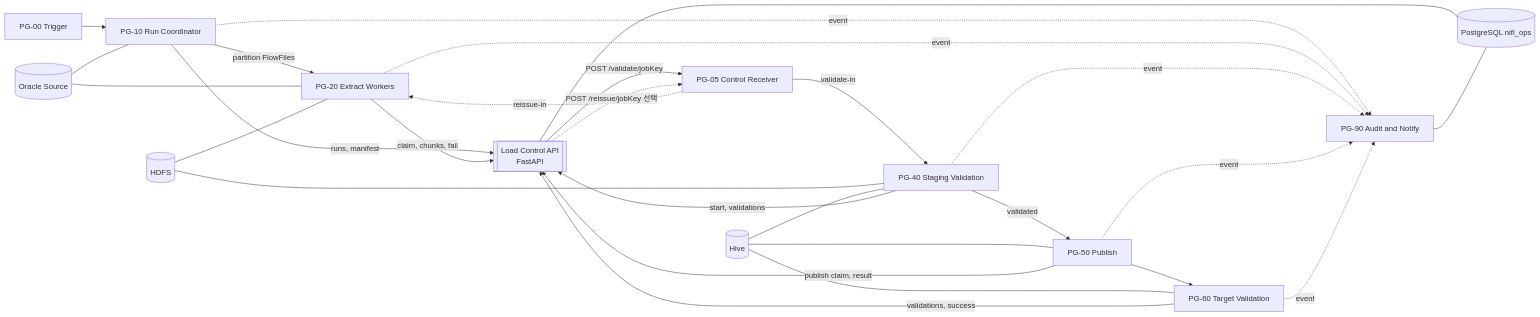
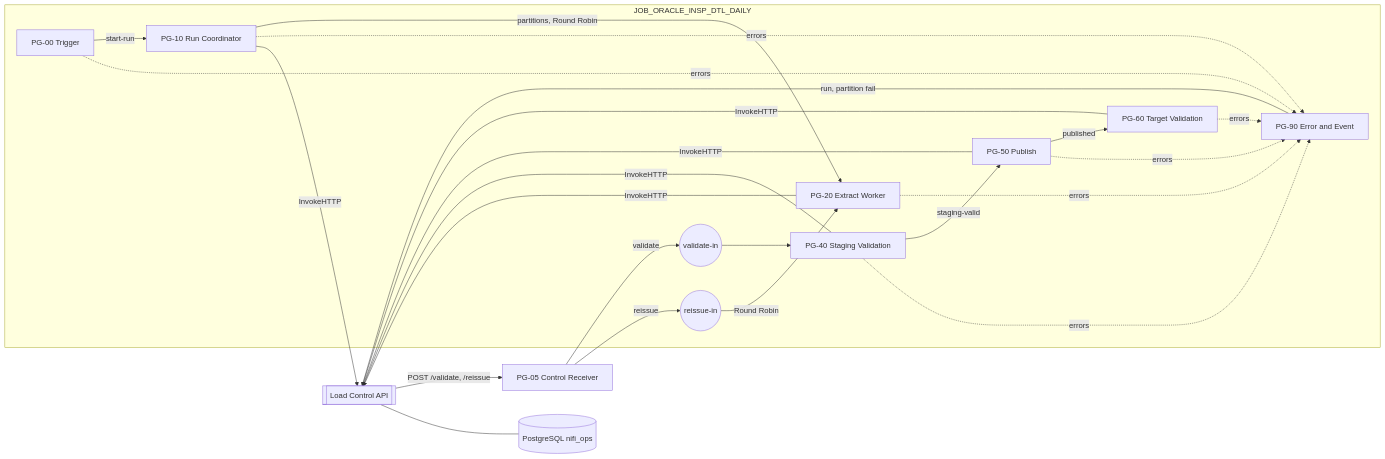
Before and after one commit to DataDynamics/nifi-sqoop-removal: the third of 13 diagrams in nifi-sqoop-removal-guide.md, drawn with Mermaid. The commit also changed other lines of this file and 2 other files, not shown here.

First line of the commit message:
가이드를 V3 구조로 반영: Job PG 아래 자식 PG와 Port, Processor 축소 규칙

````diff
--- a/nifi-sqoop-removal-guide.md
+++ b/nifi-sqoop-removal-guide.md
@@ -205,33 +220,19 @@
 ```mermaid
 flowchart LR
-    T[PG-00 Trigger] --> C[PG-10 Run Coordinator]
-    C -->|partition FlowFiles| W[PG-20 Extract Workers]
-    API[[Load Control API<br/>FastAPI]] -->|POST /validate/jobKey| RC[PG-05 Control Receiver]
-    RC -->|validate-in| S[PG-40 Staging Validation]
-    S -->|validated| P[PG-50 Publish]
-    P --> V[PG-60 Target Validation]
-    API -.->|POST /reissue/jobKey 선택| RC
-    RC -.->|reissue-in| W
-
-    C -- runs, manifest --> API
-    W -- claim, chunks, fail --> API
-    S -- start, validations --> API
-    P -- publish claim, result --> API
-    V -- validations, success --> API
+    API[[Load Control API]] -->|POST /validate, /reissue| R5[PG-05 Control Receiver]
+    subgraph JOB[JOB_ORACLE_INSP_DTL_DAILY]
+        T[PG-00 Trigger] -->|start-run| C[PG-10 Run Coordinator]
+        C -->|partitions, Round Robin| W[PG-20 Extract Worker]
+        VI((validate-in)) --> S[PG-40 Staging Validation]
+        RI((reissue-in)) -->|Round Robin| W
+        S -->|staging-valid| P[PG-50 Publish]
+        P -->|published| V[PG-60 Target Validation]
+        E[PG-90 Error and Event]
+    end
+    R5 -->|validate| VI
+    R5 -->|reissue| RI
+    T & C & W & S & P & V -.->|errors| E
+    C & W & S & P & V -->|InvokeHTTP| API
+    E -->|run, partition fail| API
     API --- M[(PostgreSQL nifi_ops)]
-
-    C -. event .-> A[PG-90 Audit and Notify]
-    W -. event .-> A
-    S -. event .-> A
-    P -. event .-> A
-    V -. event .-> A
-    A --- M
-
-    O[(Oracle Source)] --- C
-    O --- W
-    H[(HDFS)] --- W
-    H --- S
-    Q[(Hive)] --- S
-    Q --- P
-    Q --- V
 ```
````
